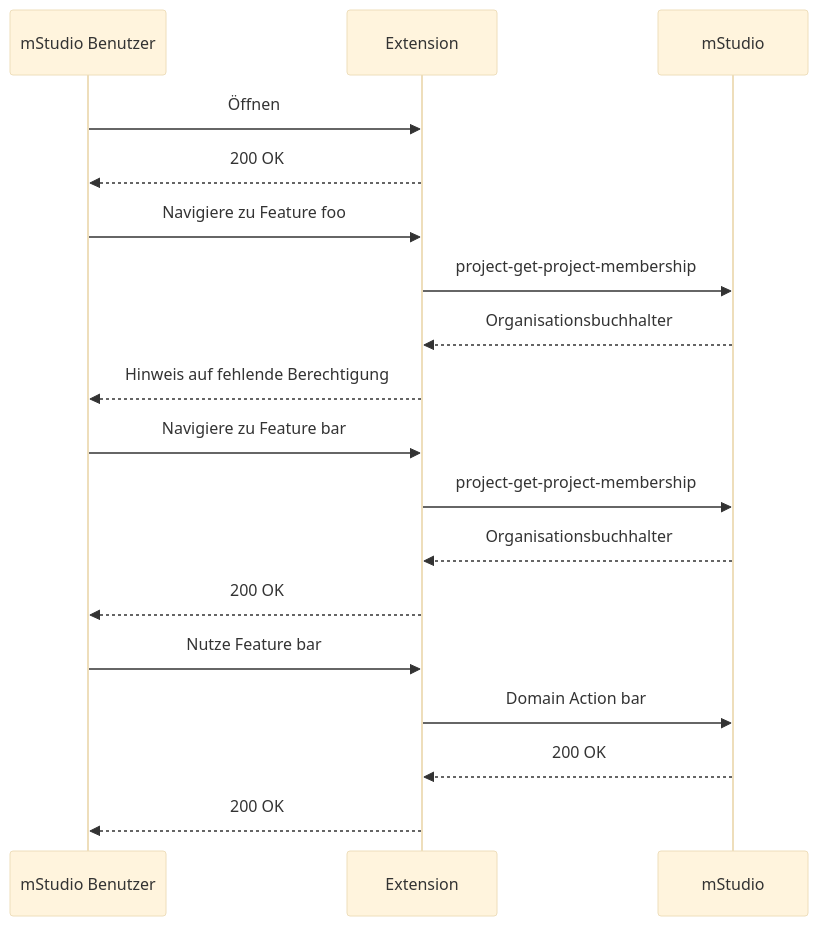
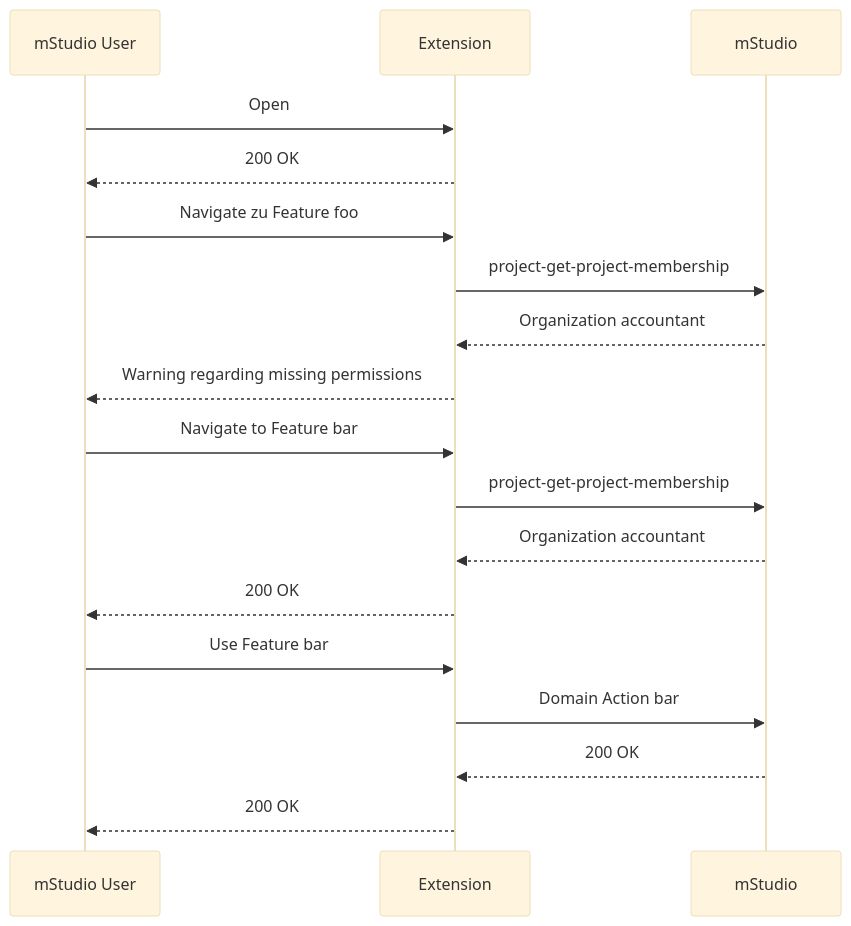
Before and after one commit to mittwald/developer-portal: the third of 3 diagrams in docs/contribution/4-how-to/6-ensure-authorization.mdx, drawn with Mermaid (base theme). The commit also changed other lines of this file, not shown here.

````diff
--- a/docs/contribution/4-how-to/6-ensure-authorization.mdx
+++ b/docs/contribution/4-how-to/6-ensure-authorization.mdx
@@ -61,21 +59,21 @@
 ```mermaid
 sequenceDiagram
-  participant User as mStudio Benutzer
+  participant User as mStudio User
   participant Extension
   participant mStudio
 
-  User->>Extension: Öffnen
+  User->>Extension: Open
   Extension-->>User: 200 OK
-  User->>Extension: Navigiere zu Feature foo
+  User->>Extension: Navigate zu Feature foo
   Extension->>mStudio: project-get-project-membership
-  mStudio-->>Extension: Organisationsbuchhalter
-  Extension-->>User: Hinweis auf fehlende Berechtigung
-  User->>Extension: Navigiere zu Feature bar
+  mStudio-->>Extension: Organization accountant
+  Extension-->>User: Warning regarding missing permissions
+  User->>Extension: Navigate to Feature bar
   Extension->>mStudio: project-get-project-membership
-  mStudio-->>Extension: Organisationsbuchhalter
+  mStudio-->>Extension: Organization accountant
   Extension-->>User: 200 OK
-  User->>Extension: Nutze Feature bar
+  User->>Extension: Use Feature bar
   Extension->>mStudio: Domain Action bar
   mStudio-->>Extension: 200 OK
   Extension-->>User: 200 OK
 ```
````
